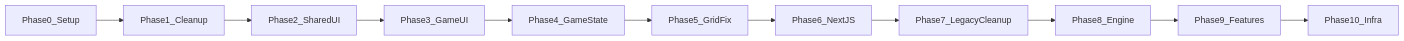
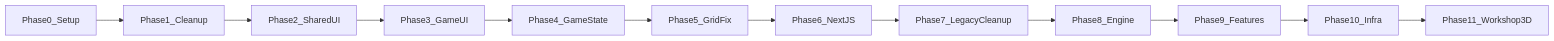
Before and after one commit to DavidGrice/knightskingdom: the diagram in grok/ROADMAP.md, drawn with Mermaid. The commit also changed other lines of this file and 21 other files, not shown here.

Commit message:
Phase 11 D1: workshop 3D engine with parametric bricks

````diff
--- a/grok/ROADMAP.md
+++ b/grok/ROADMAP.md
@@ -22,15 +22,16 @@
 ```mermaid
 flowchart LR
     p0[Phase0_Setup]
     p1[Phase1_Cleanup]
     p2[Phase2_SharedUI]
     p3[Phase3_GameUI]
     p4[Phase4_GameState]
     p5[Phase5_GridFix]
     p6[Phase6_NextJS]
     p7[Phase7_LegacyCleanup]
     p8[Phase8_Engine]
     p9[Phase9_Features]
     p10[Phase10_Infra]
-    p0 --> p1 --> p2 --> p3 --> p4 --> p5 --> p6 --> p7 --> p8 --> p9 --> p10
+    p11[Phase11_Workshop3D]
+    p0 --> p1 --> p2 --> p3 --> p4 --> p5 --> p6 --> p7 --> p8 --> p9 --> p10 --> p11
 ```
````
